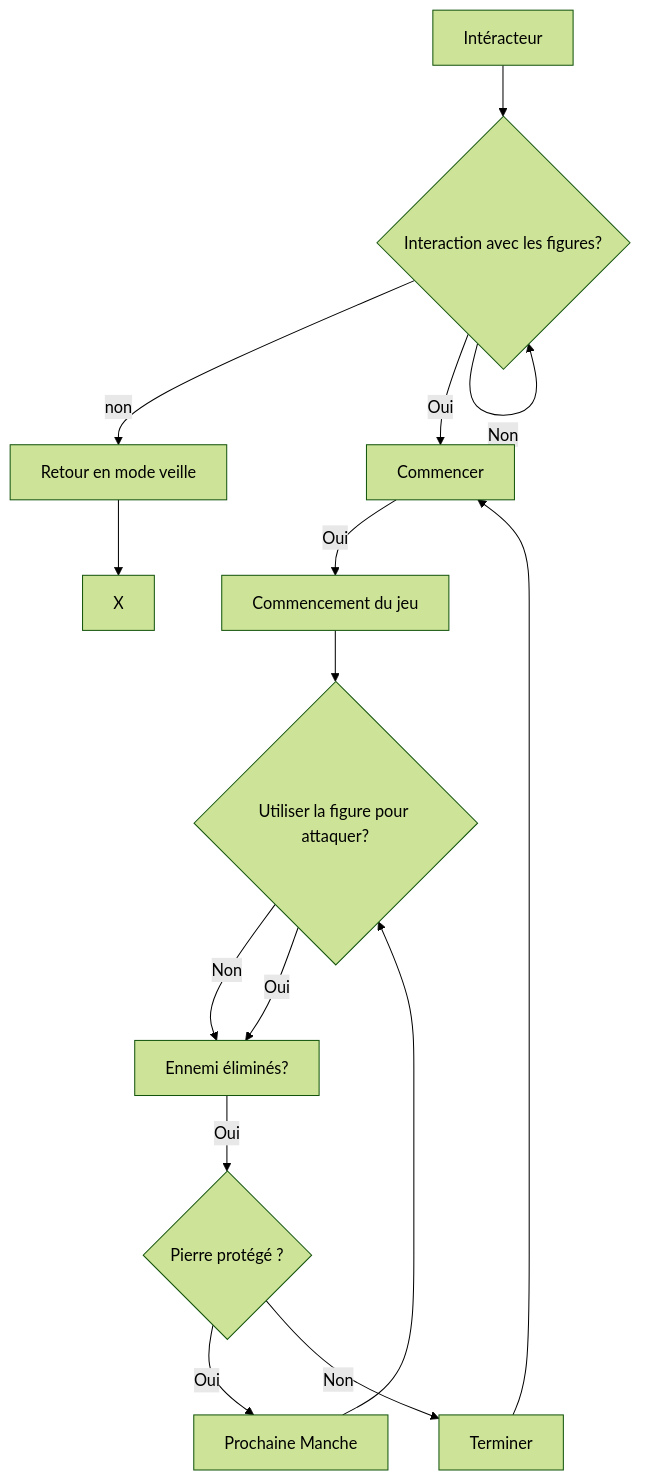
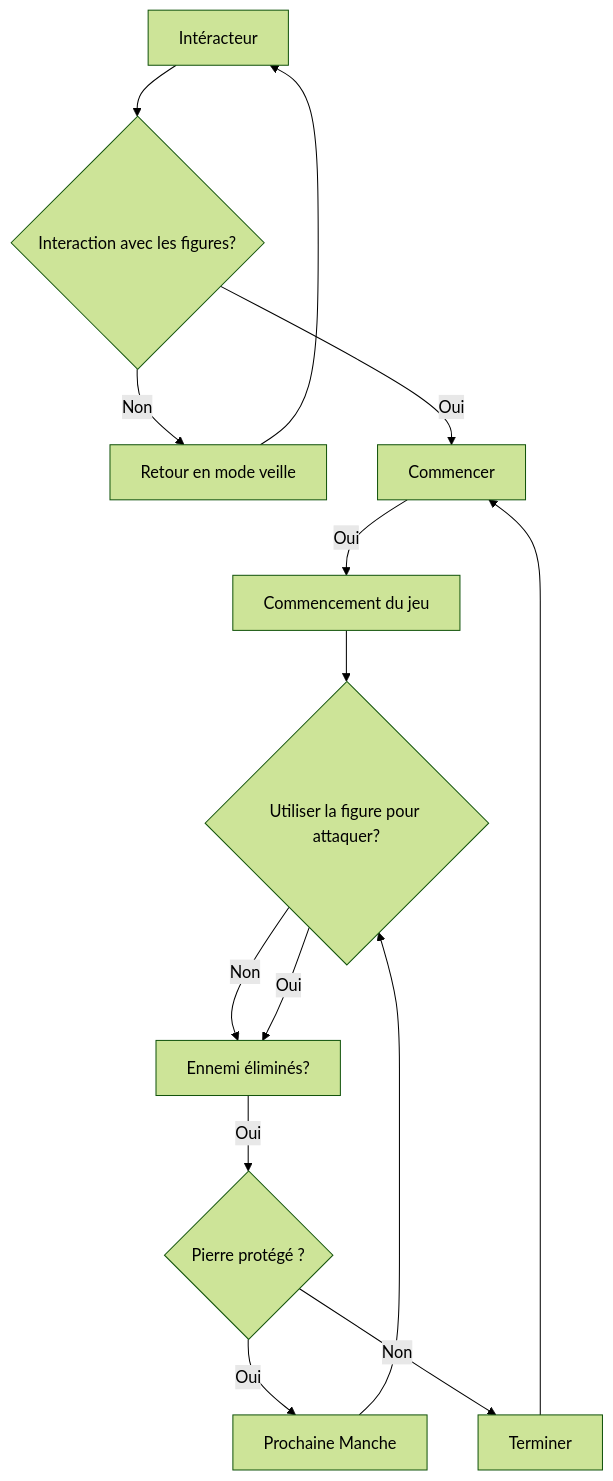
Before and after one commit to Ethereal-Creators/Etheria: the diagram in 20_intention/30_scenario/README.md, drawn with Mermaid (forest theme).

Commit message:
~fix final

````diff
--- a/20_intention/30_scenario/README.md
+++ b/20_intention/30_scenario/README.md
@@ -13,18 +13,17 @@
 ```mermaid
 graph TD
 
     x[Intéracteur] --> id1{Interaction avec les figures?}
-    id1 --non--> A[Retour en mode veille]
+    id1 --Non--> A[Retour en mode veille]
     id1 --Oui--> B[Commencer] 
-    id1 --Non--> id1
     B --Oui--> F[Commencement du jeu]
     F --> id2{Utiliser la figure pour attaquer?}
     id2 --Non--> M[Ennemi éliminés?]
     id2 --Oui--> M
     M --Oui--> id3{Pierre protégé ?}
     id3 --Oui--> K[Prochaine Manche]
     id3 --Non--> U[Terminer]
     K --> id2
     U --> B
-    A --> X
+    A --> x
 ```
````
